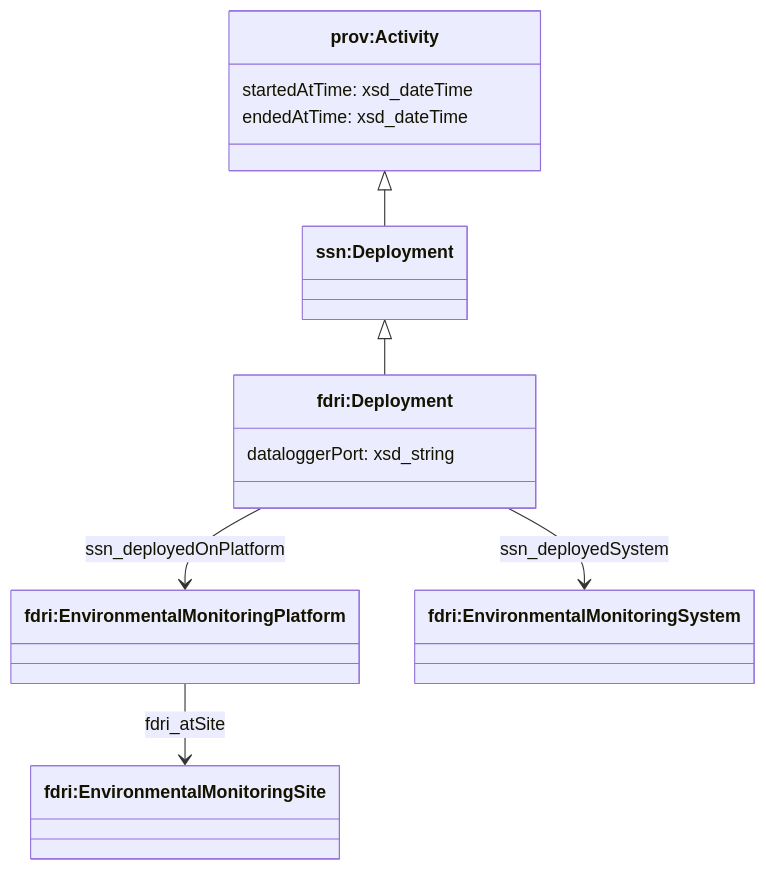
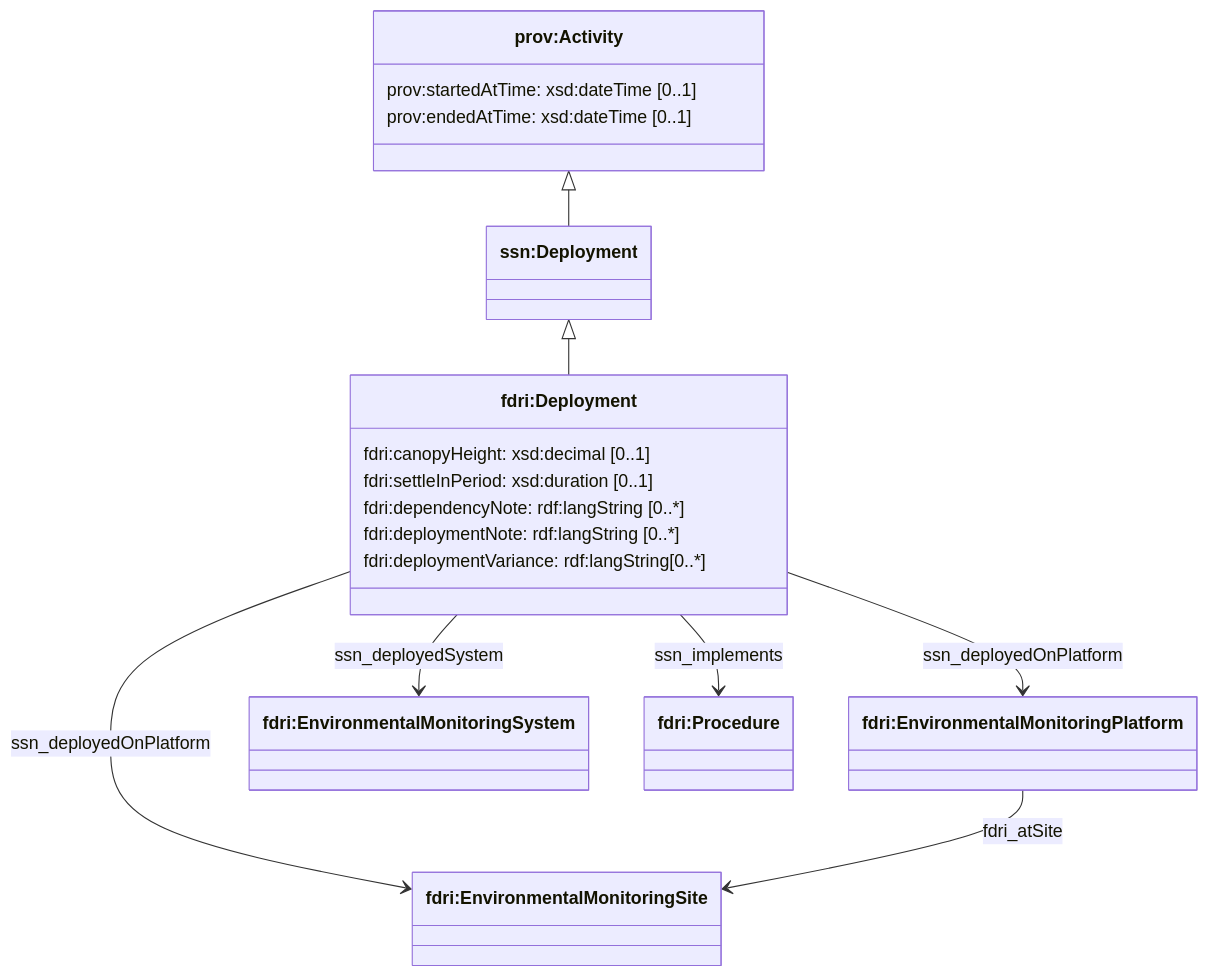
One commit to NERC-CEH/fdri-ontology changed the first of 3 diagrams in doc/deployments.md. Above: the diagram before and after it, drawn with Mermaid. The commit also changed other lines of this file, not shown here.

Commit message:
Update documentation of Deployment * settleInPeriod (#9) * canopyHeight (#15) * deployment notes (#16)

````diff
--- a/doc/deployments.md
+++ b/doc/deployments.md
@@ -8,22 +22,29 @@
 ```mermaid
 classDiagram
   direction TB
   class EMPlatform["fdri:EnvironmentalMonitoringPlatform"]
   class EMSystem["fdri:EnvironmentalMonitoringSystem"]
   class EMSite["fdri:EnvironmentalMonitoringSite"]
   class Activity["prov:Activity"] {
-    startedAtTime: xsd_dateTime
-    endedAtTime: xsd_dateTime
+    prov:startedAtTime: xsd:dateTime [0..1]
+    prov:endedAtTime: xsd:dateTime [0..1]
   }
   class Deployment["ssn:Deployment"]
   class EMDeployment["fdri:Deployment"]
   class EMDeployment {
-    dataloggerPort: xsd_string
+    fdri:canopyHeight: xsd:decimal [0..1]
+    fdri:settleInPeriod: xsd:duration [0..1]
+    fdri:dependencyNote: rdf:langString [0..*]
+    fdri:deploymentNote: rdf:langString [0..*]
+    fdri:deploymentVariance: rdf:langString[0..*]
   }
+  class Procedure["fdri:Procedure"]
   Activity <|-- Deployment
   Deployment <|-- EMDeployment
 
   EMDeployment --> EMPlatform: ssn_deployedOnPlatform
+  EMDeployment --> EMSite: ssn_deployedOnPlatform
   EMDeployment --> EMSystem: ssn_deployedSystem
+  EMDeployment --> Procedure: ssn_implements
   EMPlatform --> EMSite: fdri_atSite
 ```
````
